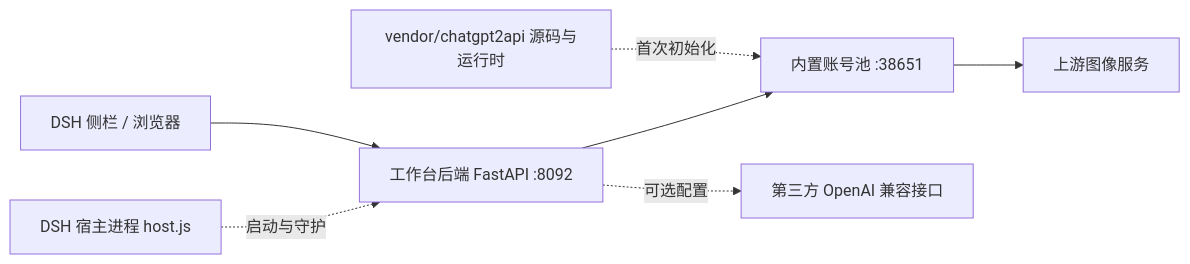
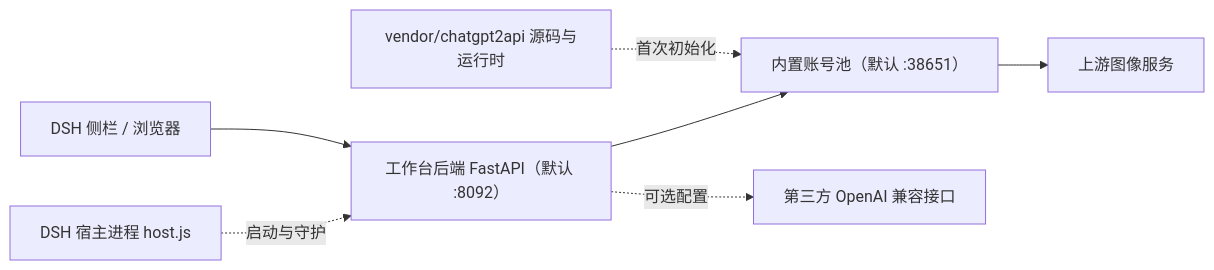
One commit to guohwa/dsh-plugin-image-workbench changed the diagram in README.md. Above: the diagram before and after it, drawn with Mermaid. The commit also changed other lines of this file and 4 other files, not shown here.

````diff
--- a/README.md
+++ b/README.md
@@ -42,9 +42,9 @@
 ```mermaid
 flowchart LR
-  U["DSH 侧栏 / 浏览器"] --> W["工作台后端 FastAPI :8092"]
+  U["DSH 侧栏 / 浏览器"] --> W["工作台后端 FastAPI（默认 :8092）"]
   H["DSH 宿主进程 host.js"] -. 启动与守护 .-> W
   V["vendor/chatgpt2api 源码与运行时"] -. 首次初始化 .-> P
-  W --> P["内置账号池 :38651"]
+  W --> P["内置账号池（默认 :38651）"]
   P --> UP["上游图像服务"]
   W -. 可选配置 .-> API["第三方 OpenAI 兼容接口"]
 ```
````
